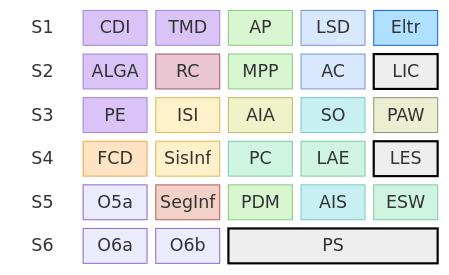
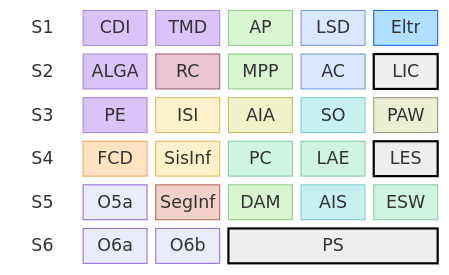
Before and after one commit to jtrindade/isel-programs: the diagram in LEIC-2027.mmd, drawn with Mermaid.

Commit message:
LEIC-2027.mmd - PDM -> DAM

```diff
--- a/LEIC-2027.mmd
+++ b/LEIC-2027.mmd
@@ -1,92 +1,92 @@
 block-beta
   columns 6
 
   %% Semestre 1
   S1["S1"]
   CDI["CDI"]
   TMD["TMD"]
   AP["AP"]
   LSD["LSD"]
   Eltr["Eltr"]
 
   %% Semestre 2
   S2["S2"]
   ALGA["ALGA"]
   RC["RC"]
   MPP["MPP"]
   AC["AC"]
   LIC["LIC"]
 
   %% Semestre 3
   S3["S3"]
   PE["PE"]
   ISI["ISI"]
   AIA["AIA"]
   SO["SO"]
   PAW["PAW"]
   
   %% Semestre 4
   S4["S4"]
   FCD["FCD"]
   SisInf["SisInf"]
   PC["PC"]
   LAE["LAE"]
   LES["LES"]
 
   %% Semestre 5
   S5["S5"]
   O5a["O5a"]
   SegInf["SegInf"]
-  PDM["PDM"]
+  DAM["DAM"]
   AIS["AIS"]
   ESW["ESW"]
 
   %% Semestre 6
   S6["S6"]
   O6a["O6a"]
   O6b["O6b"]
   PS["PS"]:3
 
   style S1 fill:none,stroke:none;
   style S2 fill:none,stroke:none;
   style S3 fill:none,stroke:none;
   style S4 fill:none,stroke:none;
   style S5 fill:none,stroke:none;
   style S6 fill:none,stroke:none; 
 
   style CDI  fill:#dac4f7,stroke:#a88bd9
   style TMD  fill:#dac4f7,stroke:#a88bd9
   style ALGA fill:#dac4f7,stroke:#a88bd9
   style PE   fill:#dac4f7,stroke:#a88bd9
 
   style RC   fill:#e9c6d2, stroke:#a1607f
 
   style Eltr fill:#b0e0ff,stroke:#1f6be1
 
   style LSD  fill:#d9e8ff,stroke:#7a9cd9
   style AC   fill:#d9e8ff,stroke:#7a9cd9
 
   style AIA  fill:#f0f2c9,stroke:#c4bc6d
 
   style PAW  fill:#ECEED2,stroke:#989882
 
   style SO   fill:#c8f0f2,stroke:#7bcdd1
   style AIS  fill:#c8f0f2,stroke:#7bcdd1
 
   style LAE  fill:#D0F4E2,stroke:#85CEAB
   style PC   fill:#D0F4E2,stroke:#85CEAB
   style ESW  fill:#D0F4E2,stroke:#85CEAB
 
   style AP   fill:#d8f7d1,stroke:#8ecf85
   style MPP  fill:#d8f7d1,stroke:#8ecf85
-  style PDM  fill:#d8f7d1,stroke:#8ecf85
+  style DAM  fill:#d8f7d1,stroke:#8ecf85
 
   style FCD  fill:#ffe3c2,stroke:#f0a958
   style ISI  fill:#fff1c9,stroke:#e5b95f
   style SisInf fill:#fff1c9,stroke:#e5b95f
 
   style SegInf fill:#f2d1c9,stroke:#b96a5f
 
   style LIC fill:#eee,stroke:#000,stroke-width:2px,font-weight:bold
   style LES fill:#eee,stroke:#000,stroke-width:2px,font-weight:bold
   style PS  fill:#eee,stroke:#000,stroke-width:2px,font-weight:bold
```
